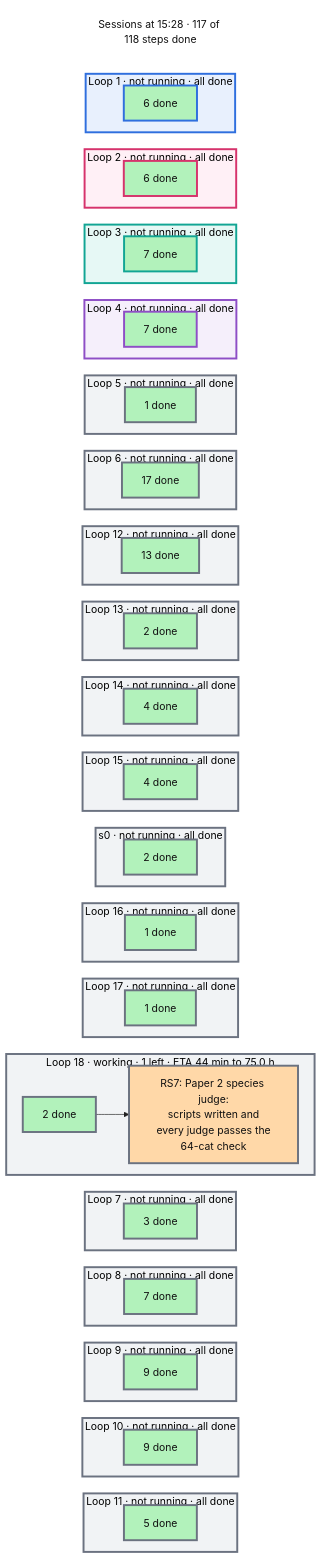
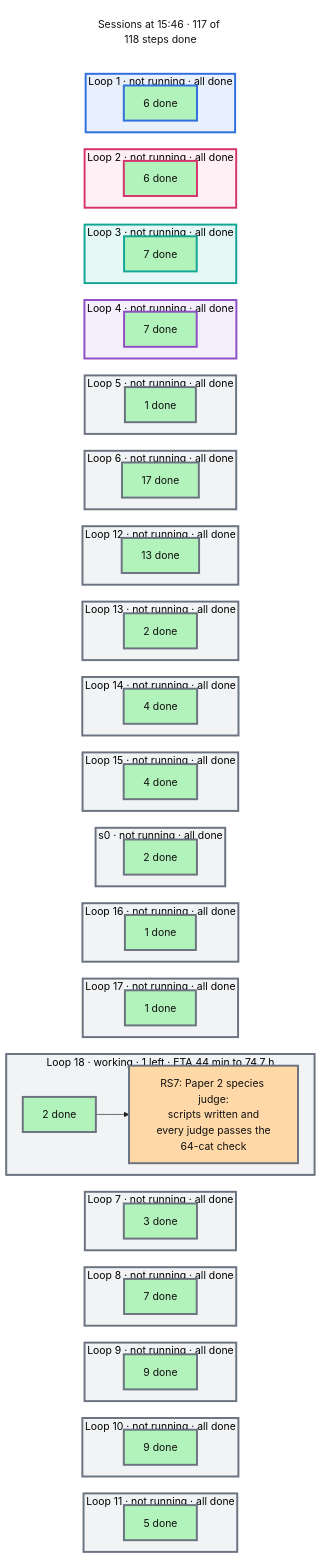
One commit to mo-rsa24/concept-composition changed the diagram in artifacts/notes/progress/sessions.mmd. Above: the diagram before and after it, drawn with Mermaid. The commit also changed 8 other files, not shown here.

```diff
--- a/artifacts/notes/progress/sessions.mmd
+++ b/artifacts/notes/progress/sessions.mmd
@@ -1,124 +1,124 @@
 %%{init: {'theme': 'base', 'themeVariables': {'fontFamily': 'monospace', 'primaryColor': '#ffffff', 'primaryBorderColor': '#222222', 'primaryTextColor': '#111111', 'lineColor': '#222222'}, 'flowchart': {'nodeSpacing': 16, 'rankSpacing': 26}}}%%
 flowchart TB
   classDef done fill:#b2f2bb,color:#111111
   classDef doing fill:#ffd8a8,color:#111111
   classDef todo fill:#e9ecef,color:#111111
   classDef note fill:#ffffff,stroke:#c92a2a,stroke-dasharray:5 5,color:#c92a2a
-  now["Sessions at 15:28 · 117 of 118 steps done"]
+  now["Sessions at 15:46 · 117 of 118 steps done"]
   style now fill:#ffffff,stroke:#ffffff,color:#111111
   subgraph L0["Loop 1 · not running · all done"]
     direction LR
     d0["6 done"]:::done
   end
   subgraph L1["Loop 2 · not running · all done"]
     direction LR
     d1["6 done"]:::done
   end
   subgraph L2["Loop 3 · not running · all done"]
     direction LR
     d2["7 done"]:::done
   end
   subgraph L3["Loop 4 · not running · all done"]
     direction LR
     d3["7 done"]:::done
   end
   subgraph L4["Loop 5 · not running · all done"]
     direction LR
     d4["1 done"]:::done
   end
   subgraph L5["Loop 6 · not running · all done"]
     direction LR
     d5["17 done"]:::done
   end
   subgraph L6["Loop 12 · not running · all done"]
     direction LR
     d6["13 done"]:::done
   end
   subgraph L7["Loop 13 · not running · all done"]
     direction LR
     d7["2 done"]:::done
   end
   subgraph L8["Loop 14 · not running · all done"]
     direction LR
     d8["4 done"]:::done
   end
   subgraph L9["Loop 15 · not running · all done"]
     direction LR
     d9["4 done"]:::done
   end
   subgraph L10["s0 · not running · all done"]
     direction LR
     d10["2 done"]:::done
   end
   subgraph L11["Loop 16 · not running · all done"]
     direction LR
     d11["1 done"]:::done
   end
   subgraph L12["Loop 17 · not running · all done"]
     direction LR
     d12["1 done"]:::done
   end
-  subgraph L13["Loop 18 · working · 1 left · ETA 44 min to 75.0 h"]
+  subgraph L13["Loop 18 · working · 1 left · ETA 44 min to 74.7 h"]
     direction LR
     d13["2 done"]:::done --> n_RS7["RS7: Paper 2 species judge:<br/>scripts written and<br/>every judge passes the<br/>64-cat check"]:::doing
   end
   subgraph L14["Loop 7 · not running · all done"]
     direction LR
     d14["3 done"]:::done
   end
   subgraph L15["Loop 8 · not running · all done"]
     direction LR
     d15["7 done"]:::done
   end
   subgraph L16["Loop 9 · not running · all done"]
     direction LR
     d16["9 done"]:::done
   end
   subgraph L17["Loop 10 · not running · all done"]
     direction LR
     d17["9 done"]:::done
   end
   subgraph L18["Loop 11 · not running · all done"]
     direction LR
     d18["5 done"]:::done
   end
   now ~~~ L0 ~~~ L1 ~~~ L2 ~~~ L3 ~~~ L4 ~~~ L5 ~~~ L6 ~~~ L7 ~~~ L8 ~~~ L9 ~~~ L10 ~~~ L11 ~~~ L12 ~~~ L13 ~~~ L14 ~~~ L15 ~~~ L16 ~~~ L17 ~~~ L18
   style L0 fill:#e8f0fd,stroke:#2f6fde,stroke-width:3px
   style d0 stroke:#2f6fde,stroke-width:3px
   style L1 fill:#fff0f6,stroke:#d6336c,stroke-width:3px
   style d1 stroke:#d6336c,stroke-width:3px
   style L2 fill:#e6f8f5,stroke:#12a594,stroke-width:3px
   style d2 stroke:#12a594,stroke-width:3px
   style L3 fill:#f5effb,stroke:#8e4ec6,stroke-width:3px
   style d3 stroke:#8e4ec6,stroke-width:3px
   style L4 fill:#f1f3f5,stroke:#6b7280,stroke-width:3px
   style d4 stroke:#6b7280,stroke-width:3px
   style L5 fill:#f1f3f5,stroke:#6b7280,stroke-width:3px
   style d5 stroke:#6b7280,stroke-width:3px
   style L6 fill:#f1f3f5,stroke:#6b7280,stroke-width:3px
   style d6 stroke:#6b7280,stroke-width:3px
   style L7 fill:#f1f3f5,stroke:#6b7280,stroke-width:3px
   style d7 stroke:#6b7280,stroke-width:3px
   style L8 fill:#f1f3f5,stroke:#6b7280,stroke-width:3px
   style d8 stroke:#6b7280,stroke-width:3px
   style L9 fill:#f1f3f5,stroke:#6b7280,stroke-width:3px
   style d9 stroke:#6b7280,stroke-width:3px
   style L10 fill:#f1f3f5,stroke:#6b7280,stroke-width:3px
   style d10 stroke:#6b7280,stroke-width:3px
   style L11 fill:#f1f3f5,stroke:#6b7280,stroke-width:3px
   style d11 stroke:#6b7280,stroke-width:3px
   style L12 fill:#f1f3f5,stroke:#6b7280,stroke-width:3px
   style d12 stroke:#6b7280,stroke-width:3px
   style L13 fill:#f1f3f5,stroke:#6b7280,stroke-width:3px
   style d13 stroke:#6b7280,stroke-width:3px
   style n_RS7 stroke:#6b7280,stroke-width:3px
   style L14 fill:#f1f3f5,stroke:#6b7280,stroke-width:3px
   style d14 stroke:#6b7280,stroke-width:3px
   style L15 fill:#f1f3f5,stroke:#6b7280,stroke-width:3px
   style d15 stroke:#6b7280,stroke-width:3px
   style L16 fill:#f1f3f5,stroke:#6b7280,stroke-width:3px
   style d16 stroke:#6b7280,stroke-width:3px
   style L17 fill:#f1f3f5,stroke:#6b7280,stroke-width:3px
   style d17 stroke:#6b7280,stroke-width:3px
   style L18 fill:#f1f3f5,stroke:#6b7280,stroke-width:3px
   style d18 stroke:#6b7280,stroke-width:3px
```
